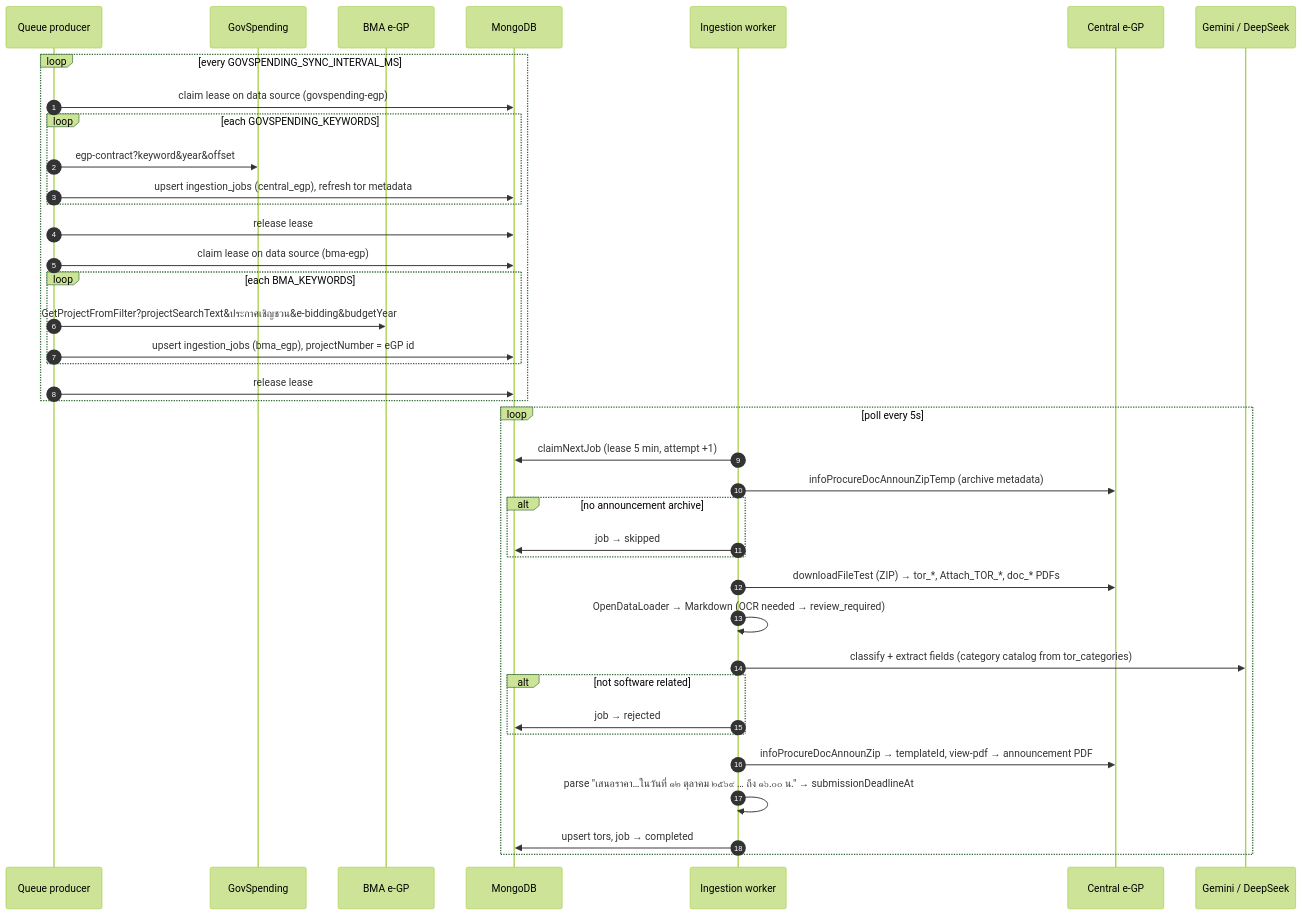
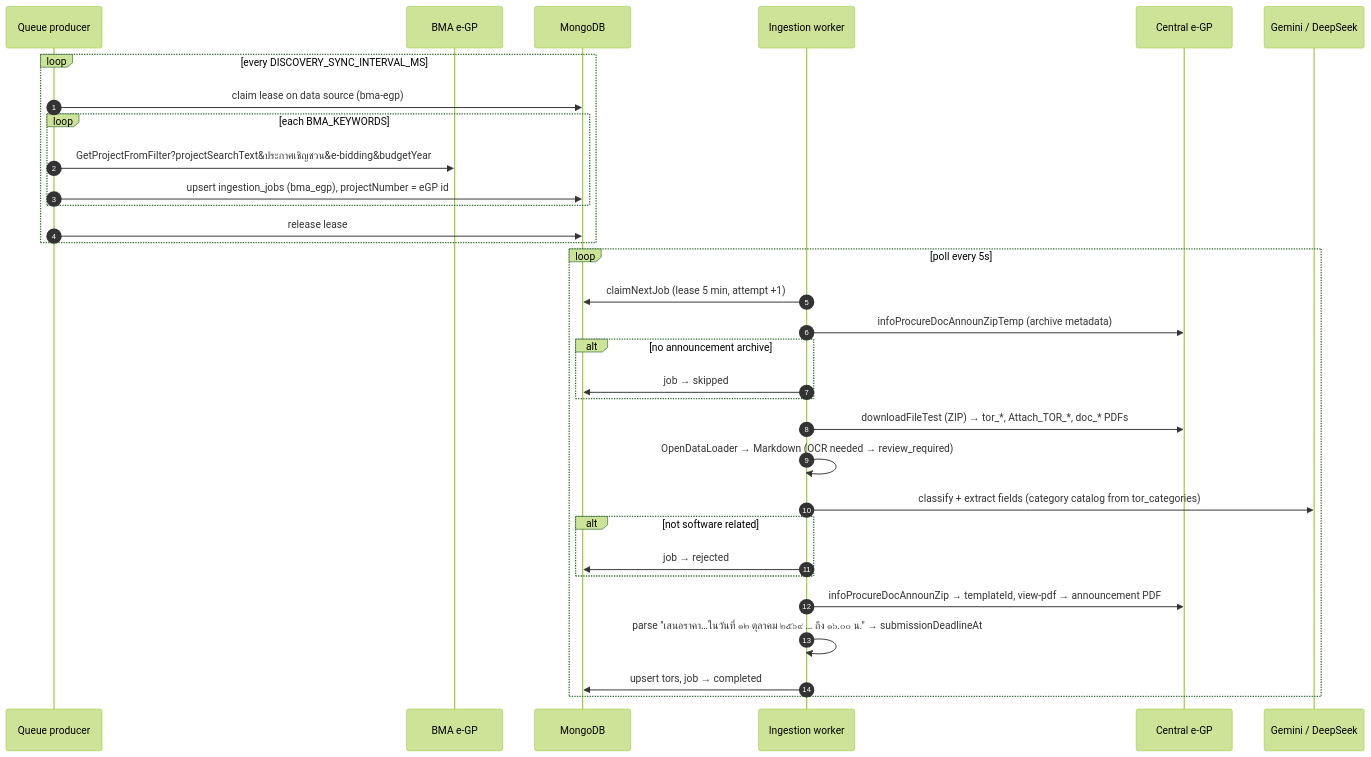
One commit to Doggo-CSP/TORPulse changed the third of 5 diagrams in docs/system-architecture.md. Above: the diagram before and after it, drawn with Mermaid (forest theme). The commit also changed other lines of this file and 24 other files, not shown here.

````diff
--- a/docs/system-architecture.md
+++ b/docs/system-architecture.md
@@ -90,43 +87,36 @@
 ```mermaid
 sequenceDiagram
   autonumber
   participant P as Queue producer
-  participant G as GovSpending
   participant B as BMA e-GP
   participant DB as MongoDB
   participant W as Ingestion worker
   participant E as Central e-GP
   participant AI as Gemini / DeepSeek
 
-  loop every GOVSPENDING_SYNC_INTERVAL_MS
-    P->>DB: claim lease on data source (govspending-egp)
-    loop each GOVSPENDING_KEYWORDS
-      P->>G: egp-contract?keyword&year&offset
-      P->>DB: upsert ingestion_jobs (central_egp), refresh tor metadata
-    end
-    P->>DB: release lease
+  loop every DISCOVERY_SYNC_INTERVAL_MS
     P->>DB: claim lease on data source (bma-egp)
     loop each BMA_KEYWORDS
       P->>B: GetProjectFromFilter?projectSearchText&ประกาศเชิญชวน&e-bidding&budgetYear
       P->>DB: upsert ingestion_jobs (bma_egp), projectNumber = eGP id
     end
     P->>DB: release lease
   end
 
   loop poll every 5s
     W->>DB: claimNextJob (lease 5 min, attempt +1)
     W->>E: infoProcureDocAnnounZipTemp (archive metadata)
     alt no announcement archive
       W->>DB: job → skipped
     end
     W->>E: downloadFileTest (ZIP) → tor_*, Attach_TOR_*, doc_* PDFs
     W->>W: OpenDataLoader → Markdown (OCR needed → review_required)
     W->>AI: classify + extract fields (category catalog from tor_categories)
     alt not software related
       W->>DB: job → rejected
     end
     W->>E: infoProcureDocAnnounZip → templateId, view-pdf → announcement PDF
     W->>W: parse "เสนอราคา…ในวันที่ ๑๒ ตุลาคม ๒๕๖๙ … ถึง ๑๖.๐๐ น." → submissionDeadlineAt
     W->>DB: upsert tors, job → completed
   end
 ```
````
